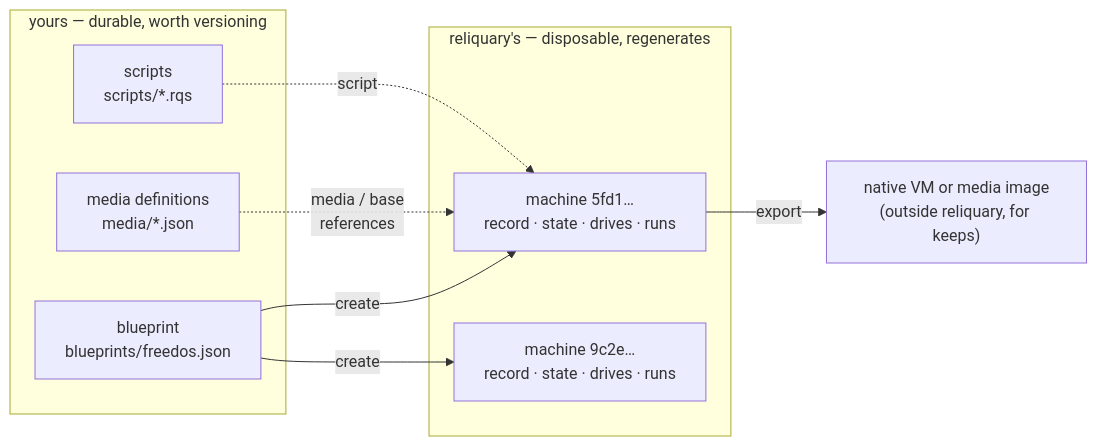
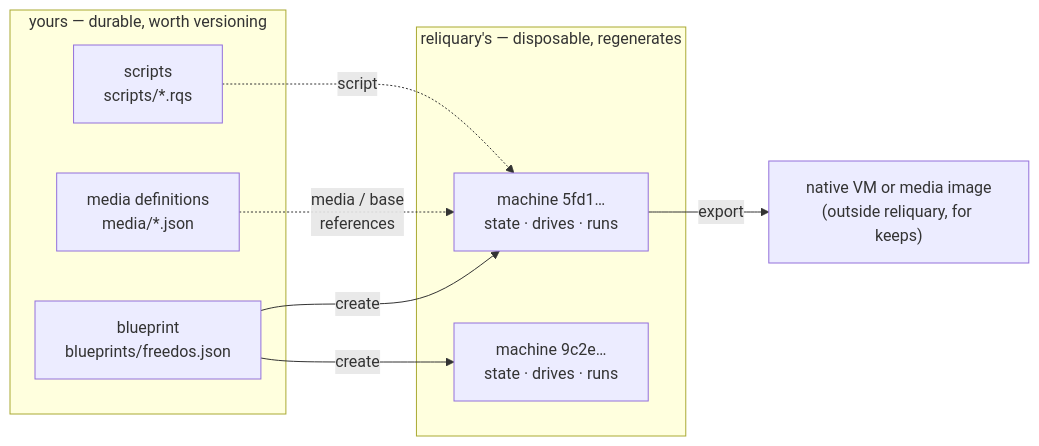
Before and after one commit to ferroteca/reliquary: the first of 2 diagrams in docs/machine-blueprint.md, drawn with Mermaid. The commit also changed other lines of this file and 4 other files, not shown here.

````diff
--- a/docs/machine-blueprint.md
+++ b/docs/machine-blueprint.md
@@ -24,17 +24,17 @@
 ```mermaid
 flowchart LR
     subgraph yours["yours — durable, worth versioning"]
         BP["blueprint<br/>blueprints/freedos.json"]
         MED["media definitions<br/>media/*.json"]
         SCR["scripts<br/>scripts/*.rqs"]
     end
     subgraph reliquarys["reliquary's — disposable, regenerates"]
-        M1["machine 5fd1…<br/>record · state · drives · runs"]
-        M2["machine 9c2e…<br/>record · state · drives · runs"]
+        M1["machine 5fd1…<br/>state · drives · runs"]
+        M2["machine 9c2e…<br/>state · drives · runs"]
     end
     BP -- "create" --> M1
     BP -- "create" --> M2
     MED -. "media / base<br/>references" .-> M1
     SCR -. "script" .-> M1
     M1 -- "export" --> OUT["native VM or media image<br/>(outside reliquary, for keeps)"]
 ```
````
